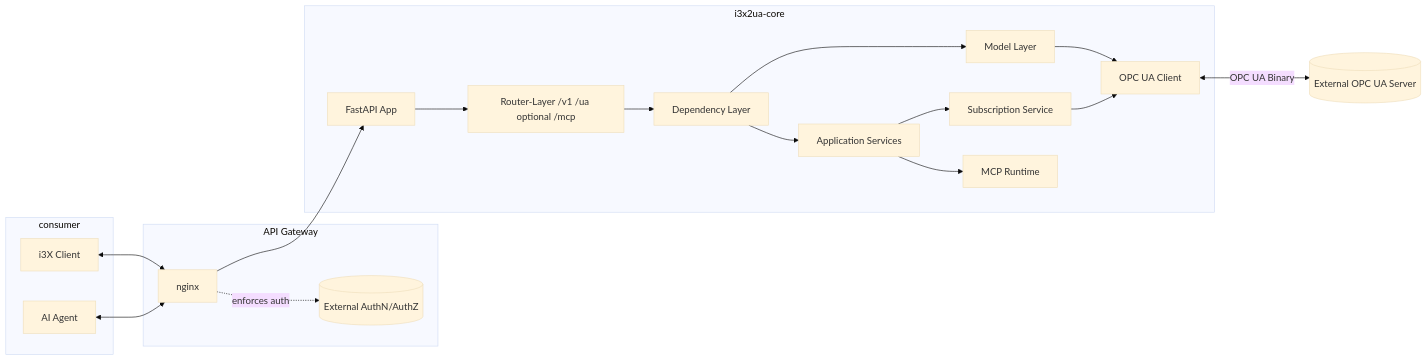
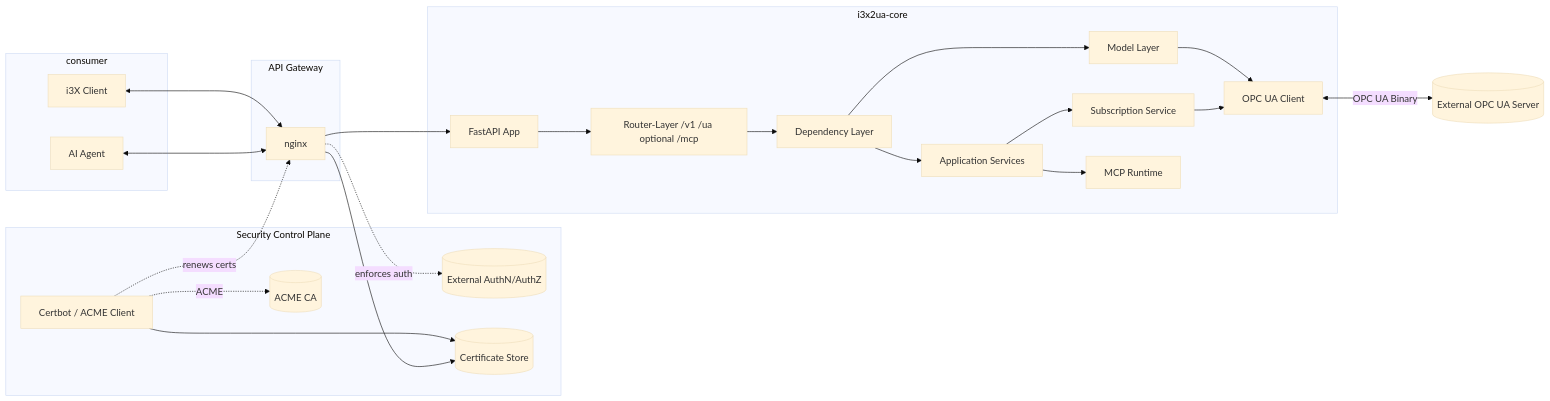
Before and after one commit to AndreasHeine/i3x2ua: the first of 2 diagrams in README.md, drawn with Mermaid (base theme).

Commit message:
docs(readme): add Security Control Plane and model ACME/Certbot certificate flow

````diff
--- a/README.md
+++ b/README.md
@@ -37,40 +37,50 @@
 ```mermaid
 flowchart LR
 	subgraph Consumer[consumer]
 		Client[i3X Client]
 		Agent[AI Agent]
 	end
 
 	subgraph Deployment[API Gateway]
 		Nginx[nginx]
+	end
+
+	subgraph Security[Security Control Plane]
 		Auth[(External AuthN/AuthZ)]
+		Certbot[Certbot / ACME Client]
+		CertStore[(Certificate Store)]
+		AcmeCA[(ACME CA)]
 	end
 
 	API[FastAPI App]
 
 	Client <--> Nginx
 	Agent <--> Nginx
 	Nginx --> API
 	Nginx -. enforces auth .-> Auth
+	Certbot -. ACME .-> AcmeCA
+	Certbot --> CertStore
+	Nginx --> CertStore
+	Certbot -. renews certs .-> Nginx
 
 	subgraph Core[i3x2ua-core]
 		Routers[Router-Layer /v1 /ua optional /mcp]
 		Deps[Dependency Layer]
 		Services[Application Services]
 		Model[Model Layer]
 		SubSvc[Subscription Service]
 		McpRuntime[MCP Runtime]
 		OpcClient[OPC UA Client]
 
 		API --> Routers
 		Routers --> Deps
 		Deps --> Services
 		Deps --> Model
 		Services --> SubSvc
 		Services --> McpRuntime
 		Model --> OpcClient
 		SubSvc --> OpcClient
 	end
 
 	OpcClient <-->|OPC UA Binary| UaServer[(External OPC UA Server)]
 ```
````
